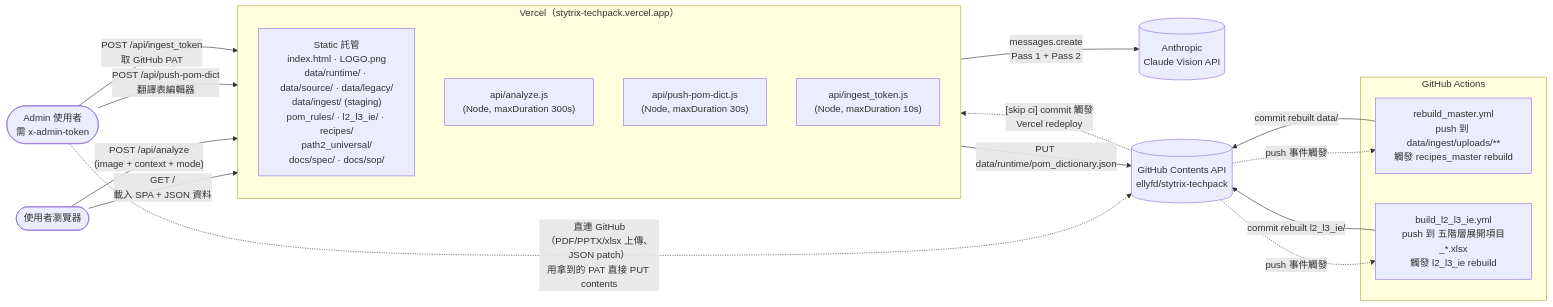
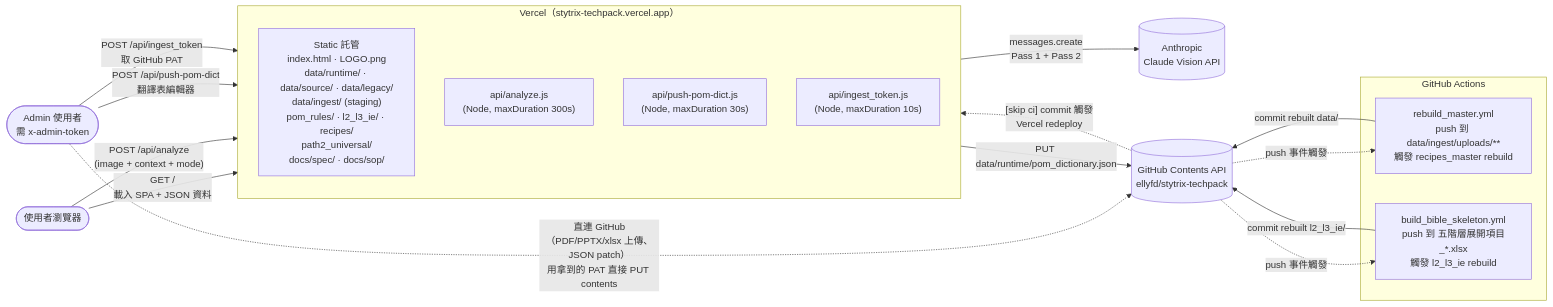
One commit to ellyfd/stytrix-techpack changed the first of 4 diagrams in docs/spec/網站架構圖.md. Above: the diagram before and after it, drawn with Mermaid. The commit also changed other lines of this file and 12 other files, not shown here.

````diff
--- a/docs/spec/網站架構圖.md
+++ b/docs/spec/網站架構圖.md
@@ -10,37 +10,37 @@
 ```mermaid
 flowchart LR
   U([使用者瀏覽器])
   Admin([Admin 使用者<br/>需 x-admin-token])
 
   subgraph Vercel["Vercel（stytrix-techpack.vercel.app）"]
     direction TB
     SS["Static 託管<br/>index.html · LOGO.png<br/>data/runtime/ · data/source/ · data/legacy/<br/>data/ingest/ (staging)<br/>pom_rules/ · l2_l3_ie/ · recipes/<br/>path2_universal/<br/>docs/spec/ · docs/sop/"]
     F1["api/analyze.js<br/>(Node, maxDuration 300s)"]
     F2["api/push-pom-dict.js<br/>(Node, maxDuration 30s)"]
     F3["api/ingest_token.js<br/>(Node, maxDuration 10s)"]
   end
 
   CV[(Anthropic<br/>Claude Vision API)]
   GH[(GitHub Contents API<br/>ellyfd/stytrix-techpack)]
 
   subgraph Actions["GitHub Actions"]
     A1["rebuild_master.yml<br/>push 到 data/ingest/uploads/**<br/>觸發 recipes_master rebuild"]
-    A2["build_l2_l3_ie.yml<br/>push 到 五階層展開項目_*.xlsx<br/>觸發 l2_l3_ie rebuild"]
+    A2["build_bible_skeleton.yml<br/>push 到 五階層展開項目_*.xlsx<br/>觸發 l2_l3_ie rebuild"]
   end
 
   U -- "GET /<br/>載入 SPA + JSON 資料" --> SS
   U -- "POST /api/analyze<br/>(image + context + mode)" --> F1
 
   Admin -- "POST /api/push-pom-dict<br/>翻譯表編輯器" --> F2
   Admin -- "POST /api/ingest_token<br/>取 GitHub PAT" --> F3
   Admin -. "直連 GitHub（PDF/PPTX/xlsx 上傳、JSON patch）<br/>用拿到的 PAT 直接 PUT contents" .-> GH
 
   F1 -- "messages.create<br/>Pass 1 + Pass 2" --> CV
   F2 -- "PUT data/runtime/pom_dictionary.json" --> GH
 
   GH -. "push 事件觸發" .-> A1
   GH -. "push 事件觸發" .-> A2
   A1 -- "commit rebuilt data/" --> GH
   A2 -- "commit rebuilt l2_l3_ie/" --> GH
   GH -. "[skip ci] commit 觸發<br/>Vercel redeploy" .-> Vercel
 ```
````
